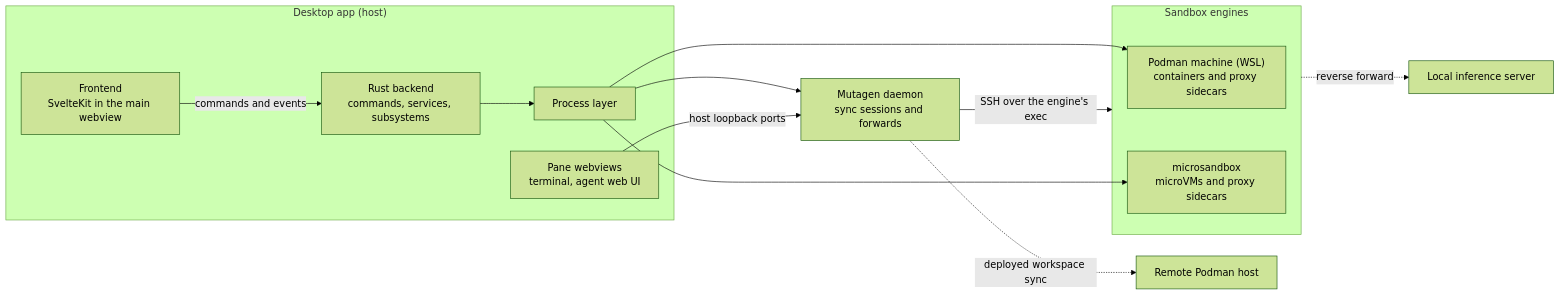
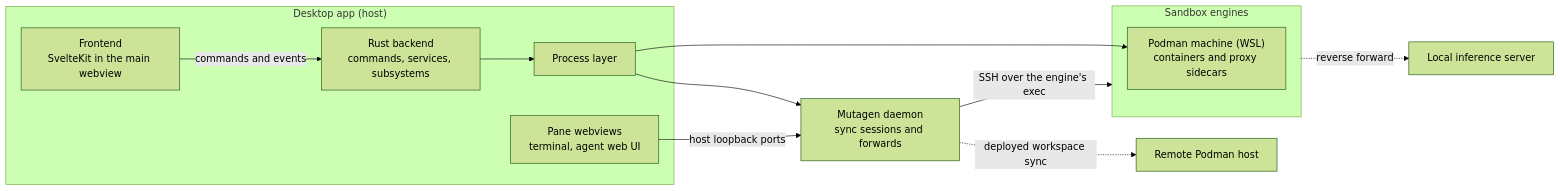
One commit to martinchooooooo/sandbox-mio changed the diagram in docs/architecture/overview.md. Above: the diagram before and after it, drawn with Mermaid (forest theme). The commit also changed other lines of this file and 22 other files, not shown here.

First line of the commit message:
docs(remove-microsandbox): plan, architecture rewrite and supersede bookkeeping

````diff
--- a/docs/architecture/overview.md
+++ b/docs/architecture/overview.md
@@ -27,25 +28,23 @@
 ```mermaid
 flowchart LR
   subgraph app["Desktop app (host)"]
     ui["Frontend<br/>SvelteKit in the main webview"]
     panes["Pane webviews<br/>terminal, agent web UI"]
     be["Rust backend<br/>commands, services, subsystems"]
     proc["Process layer"]
   end
   mutagen["Mutagen daemon<br/>sync sessions and forwards"]
   llm["Local inference server"]
   subgraph engines["Sandbox engines"]
     podman["Podman machine (WSL)<br/>containers and proxy sidecars"]
-    msb["microsandbox<br/>microVMs and proxy sidecars"]
   end
   remote["Remote Podman host"]
   ui -- "commands and events" --> be
   be --> proc
   proc --> podman
-  proc --> msb
   proc --> mutagen
   panes -- "host loopback ports" --> mutagen
   mutagen -- "SSH over the engine's exec" --> engines
   mutagen -. "deployed workspace sync" .-> remote
   engines -. "reverse forward" .-> llm
 ```
````
